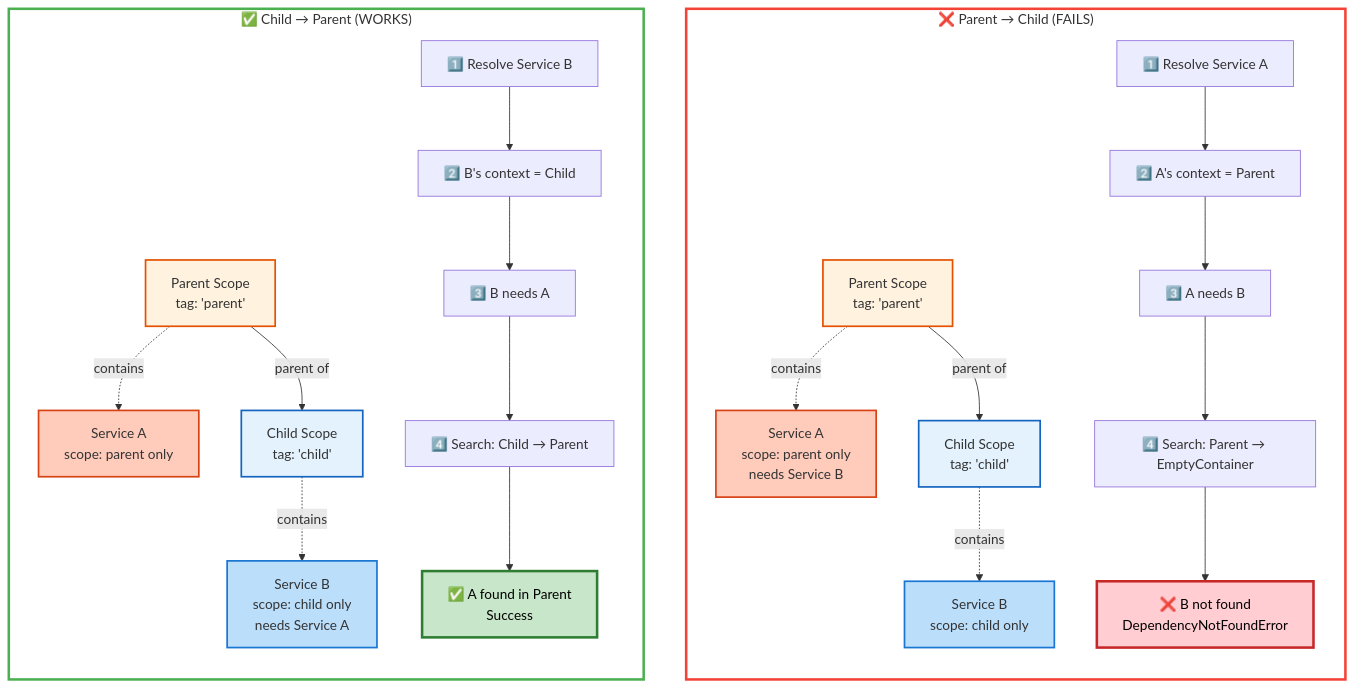
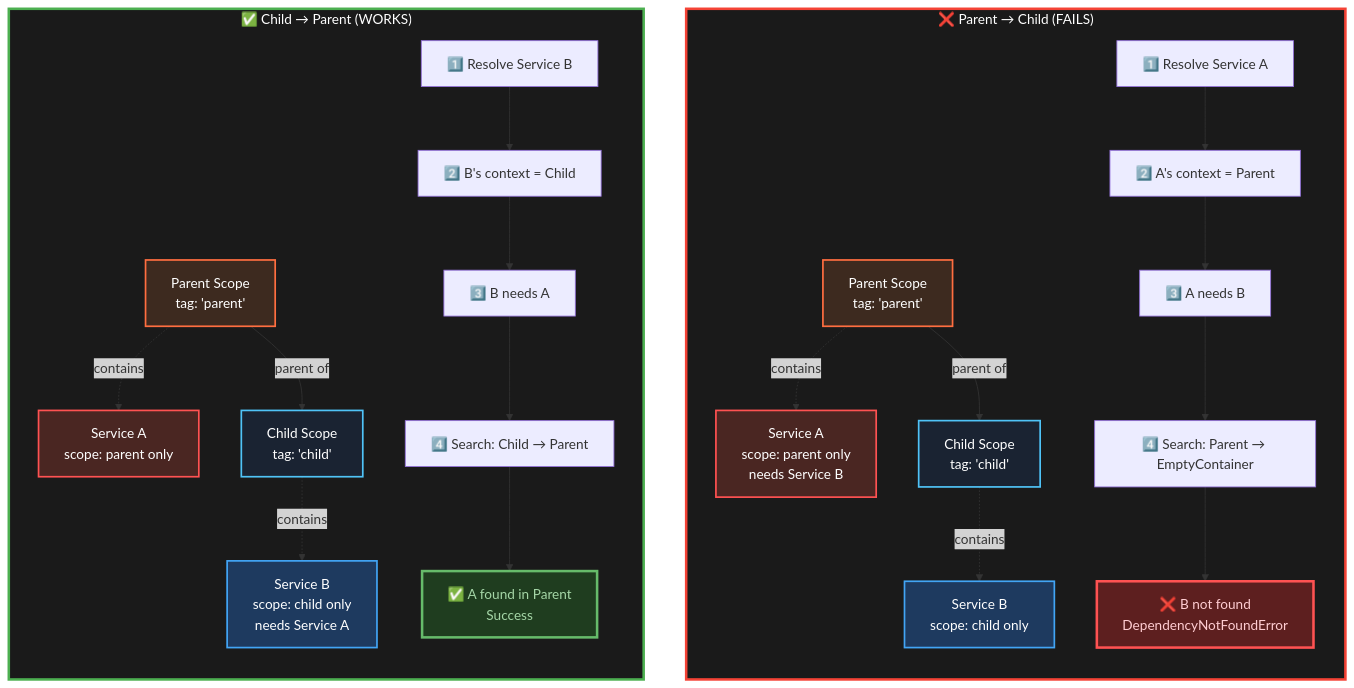
The diagram in docs/src/assets/diagrams/cross-scope-dependency-injection.mermaid (IgorBabkin/ts-ioc-container), drawn with Mermaid before and after one commit.

Commit message:
docs(diagram): convert cross-scope dependency injection diagram to dark theme
- Update all node colors to dark backgrounds with light text
- Parent scope: dark brown (#3d2a1f) with orange stroke (#ff6e40)
- Child scope: dark blue (#1a2332) with cyan stroke (#4fc3f7)
- Service nodes: dark red/blue backgrounds with bright strokes
- Error result: dark red (#5d1f1f) with light pink text
- Success result: dark green (#1f3d1f) with light green text
- Scenario boxes: very dark (#1a1a1a) with colored borders
- All text in white for high contrast

Improves readability on dark backgrounds while maintaining
visual distinction between failing and working scenarios.

🤖 Generated with [Claude Code](https://claude.com/claude-code)

```diff
--- a/docs/src/assets/diagrams/cross-scope-dependency-injection.mermaid
+++ b/docs/src/assets/diagrams/cross-scope-dependency-injection.mermaid
@@ -1,57 +1,57 @@
 flowchart TB
     subgraph Scenario1["❌ Parent → Child (FAILS)"]
         direction TB
         P1[Parent Scope<br/>tag: 'parent']
         C1[Child Scope<br/>tag: 'child']
 
         SA1["Service A<br/>scope: parent only<br/>needs Service B"]
         SB1["Service B<br/>scope: child only"]
 
         P1 -.contains.-> SA1
         C1 -.contains.-> SB1
         P1 -->|parent of| C1
 
         R1_1["1️⃣ Resolve Service A"]
         R1_2["2️⃣ A's context = Parent"]
         R1_3["3️⃣ A needs B"]
         R1_4["4️⃣ Search: Parent → EmptyContainer"]
         R1_5["❌ B not found<br/>DependencyNotFoundError"]
 
         R1_1 --> R1_2 --> R1_3 --> R1_4 --> R1_5
 
-        style P1 fill:#FFF3E0,stroke:#E65100,stroke-width:2px
-        style C1 fill:#E3F2FD,stroke:#1565C0,stroke-width:2px
-        style SA1 fill:#FFCCBC,stroke:#D84315,stroke-width:2px
-        style SB1 fill:#BBDEFB,stroke:#1976D2,stroke-width:2px
-        style R1_5 fill:#FFCDD2,stroke:#C62828,stroke-width:3px,color:#000
+        style P1 fill:#3d2a1f,stroke:#ff6e40,stroke-width:2px,color:#fff
+        style C1 fill:#1a2332,stroke:#4fc3f7,stroke-width:2px,color:#fff
+        style SA1 fill:#4a2622,stroke:#ff5252,stroke-width:2px,color:#fff
+        style SB1 fill:#1e3a5f,stroke:#42a5f5,stroke-width:2px,color:#fff
+        style R1_5 fill:#5d1f1f,stroke:#ff5252,stroke-width:3px,color:#ffcdd2
     end
 
     subgraph Scenario2["✅ Child → Parent (WORKS)"]
         direction TB
         P2[Parent Scope<br/>tag: 'parent']
         C2[Child Scope<br/>tag: 'child']
 
         SA2["Service A<br/>scope: parent only"]
         SB2["Service B<br/>scope: child only<br/>needs Service A"]
 
         P2 -.contains.-> SA2
         C2 -.contains.-> SB2
         P2 -->|parent of| C2
 
         R2_1["1️⃣ Resolve Service B"]
         R2_2["2️⃣ B's context = Child"]
         R2_3["3️⃣ B needs A"]
         R2_4["4️⃣ Search: Child → Parent"]
         R2_5["✅ A found in Parent<br/>Success"]
 
         R2_1 --> R2_2 --> R2_3 --> R2_4 --> R2_5
 
-        style P2 fill:#FFF3E0,stroke:#E65100,stroke-width:2px
-        style C2 fill:#E3F2FD,stroke:#1565C0,stroke-width:2px
-        style SA2 fill:#FFCCBC,stroke:#D84315,stroke-width:2px
-        style SB2 fill:#BBDEFB,stroke:#1976D2,stroke-width:2px
-        style R2_5 fill:#C8E6C9,stroke:#2E7D32,stroke-width:3px,color:#000
+        style P2 fill:#3d2a1f,stroke:#ff6e40,stroke-width:2px,color:#fff
+        style C2 fill:#1a2332,stroke:#4fc3f7,stroke-width:2px,color:#fff
+        style SA2 fill:#4a2622,stroke:#ff5252,stroke-width:2px,color:#fff
+        style SB2 fill:#1e3a5f,stroke:#42a5f5,stroke-width:2px,color:#fff
+        style R2_5 fill:#1f3d1f,stroke:#66bb6a,stroke-width:3px,color:#a5d6a7
     end
 
-    style Scenario1 fill:#FFF,stroke:#F44336,stroke-width:3px
-    style Scenario2 fill:#FFF,stroke:#4CAF50,stroke-width:3px
+    style Scenario1 fill:#1a1a1a,stroke:#f44336,stroke-width:3px,color:#fff
+    style Scenario2 fill:#1a1a1a,stroke:#4caf50,stroke-width:3px,color:#fff
```
